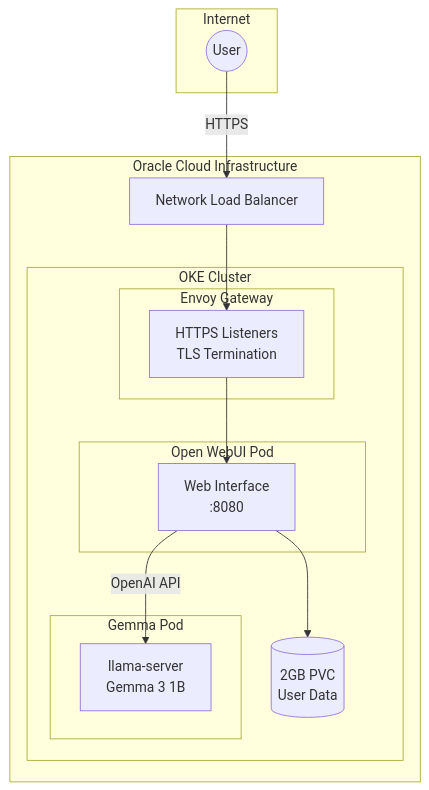
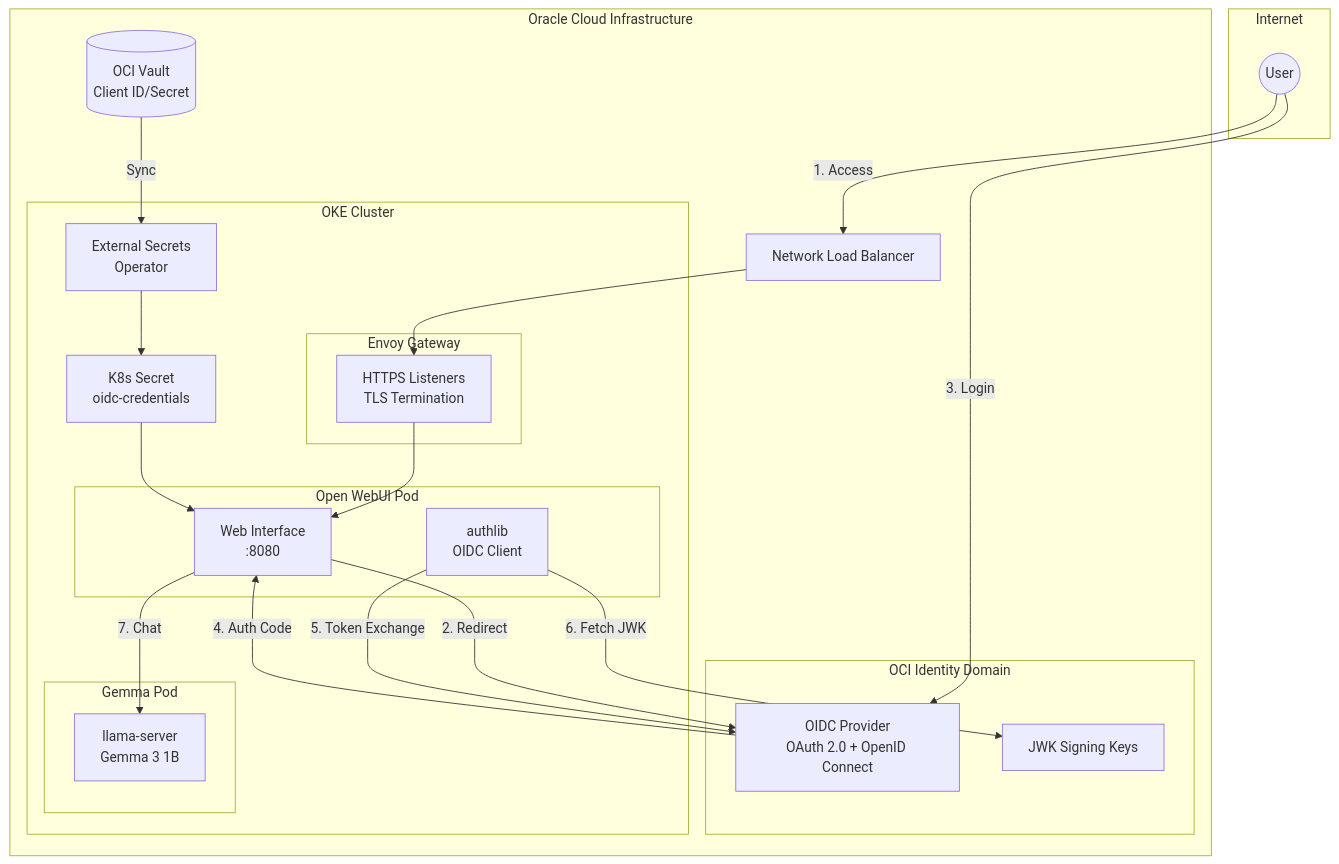
One commit to nsudhanva/k8s-oracle changed the first of 5 diagrams in docs/src/content/docs/architecture/open-webui.mdx. Above: the diagram before and after it, drawn with Mermaid. The commit also changed other lines of this file, not shown here.

First line of the commit message:
docs: restore OIDC documentation for Open WebUI

````diff
--- a/docs/src/content/docs/architecture/open-webui.mdx
+++ b/docs/src/content/docs/architecture/open-webui.mdx
@@ -24,32 +24,48 @@
 ```mermaid
 flowchart TB
     subgraph Internet
         User((User))
     end
 
     subgraph OCI["Oracle Cloud Infrastructure"]
+        subgraph Identity["OCI Identity Domain"]
+            OIDC[OIDC Provider<br/>OAuth 2.0 + OpenID Connect]
+            JWK[JWK Signing Keys]
+        end
+
         LB[Network Load Balancer]
 
         subgraph OKE["OKE Cluster"]
             subgraph Gateway["Envoy Gateway"]
                 EG[HTTPS Listeners<br/>TLS Termination]
             end
 
             subgraph OpenWebUI["Open WebUI Pod"]
                 UI[Web Interface<br/>:8080]
+                OAuth[authlib<br/>OIDC Client]
             end
 
             subgraph GemmaPod["Gemma Pod"]
                 LLM[llama-server<br/>Gemma 3 1B]
             end
 
-            PVC[(2GB PVC<br/>User Data)]
+            ESO[External Secrets<br/>Operator]
+            Secret[K8s Secret<br/>oidc-credentials]
         end
+
+        Vault[(OCI Vault<br/>Client ID/Secret)]
     end
 
-    User -->|HTTPS| LB
+    User -->|1. Access| LB
     LB --> EG
     EG --> UI
-    UI -->|OpenAI API| LLM
-    UI --> PVC
+    UI -->|2. Redirect| OIDC
+    User -->|3. Login| OIDC
+    OIDC -->|4. Auth Code| UI
+    OAuth -->|5. Token Exchange| OIDC
+    OAuth -->|6. Fetch JWK| JWK
+    UI -->|7. Chat| LLM
+    Vault -->|Sync| ESO
+    ESO --> Secret
+    Secret --> UI
 ```
````
